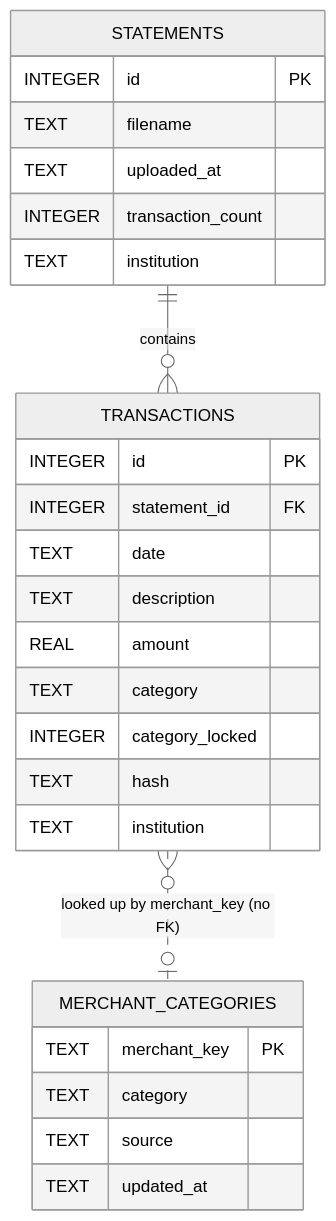
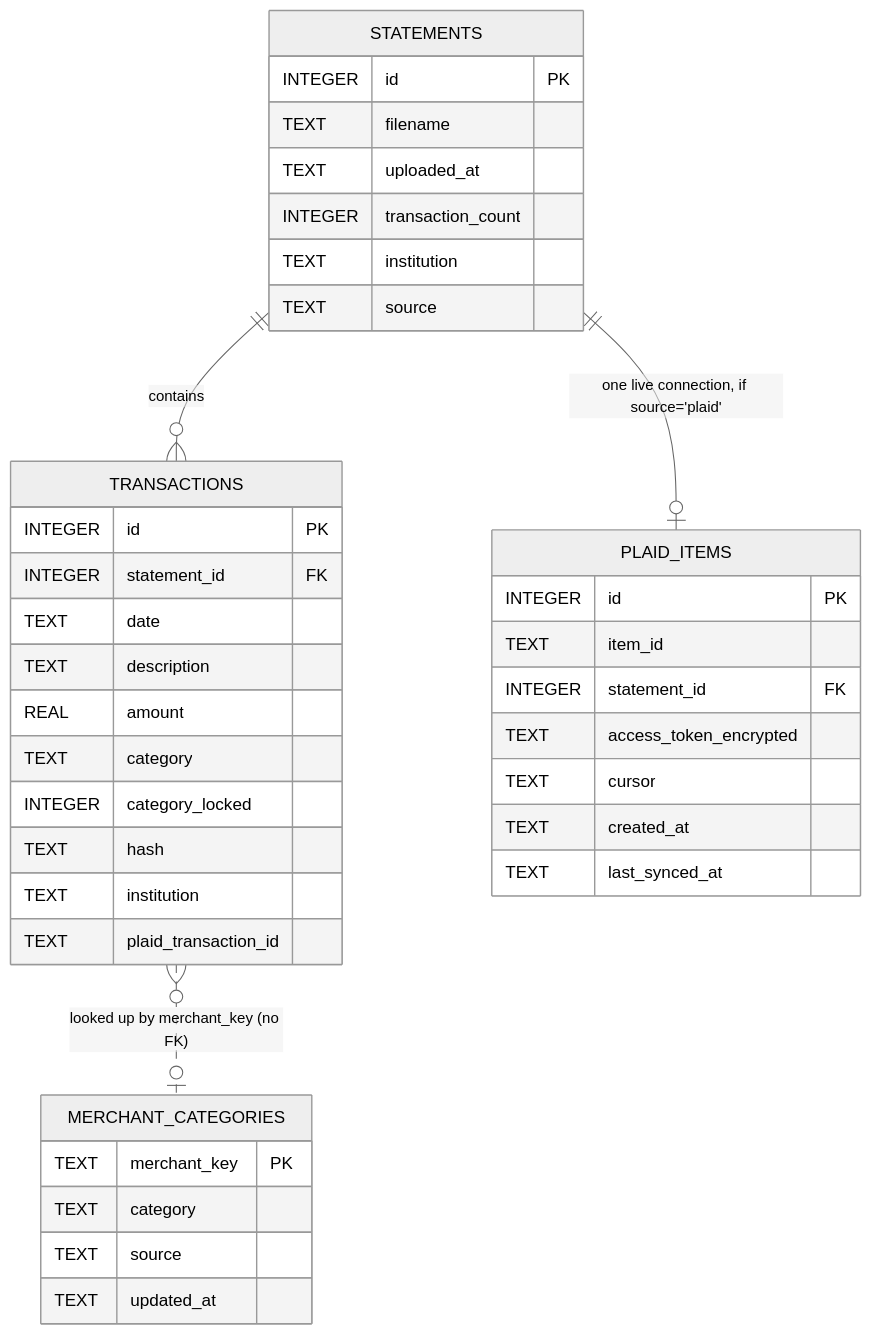
One commit to harithayalavarthi/spendwise changed the diagram in docs/database-schema.md. Above: the diagram before and after it, drawn with Mermaid (neutral theme). The commit also changed other lines of this file and 22 other files, not shown here.

````diff
--- a/docs/database-schema.md
+++ b/docs/database-schema.md
@@ -10,32 +10,45 @@
 ```mermaid
 erDiagram
     STATEMENTS ||--o{ TRANSACTIONS : "contains"
+    STATEMENTS ||--o| PLAID_ITEMS : "one live connection, if source='plaid'"
     TRANSACTIONS }o..o| MERCHANT_CATEGORIES : "looked up by merchant_key (no FK)"
 
     STATEMENTS {
         INTEGER id PK
         TEXT filename
         TEXT uploaded_at
         INTEGER transaction_count
         TEXT institution
+        TEXT source
     }
 
     TRANSACTIONS {
         INTEGER id PK
         INTEGER statement_id FK
         TEXT date
         TEXT description
         REAL amount
         TEXT category
         INTEGER category_locked
         TEXT hash
         TEXT institution
+        TEXT plaid_transaction_id
     }
 
     MERCHANT_CATEGORIES {
         TEXT merchant_key PK
         TEXT category
         TEXT source
         TEXT updated_at
     }
+
+    PLAID_ITEMS {
+        INTEGER id PK
+        TEXT item_id
+        INTEGER statement_id FK
+        TEXT access_token_encrypted
+        TEXT cursor
+        TEXT created_at
+        TEXT last_synced_at
+    }
 ```
````
